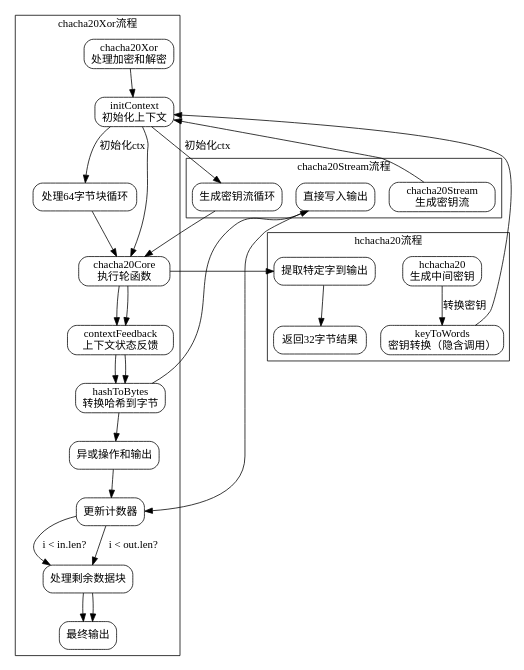
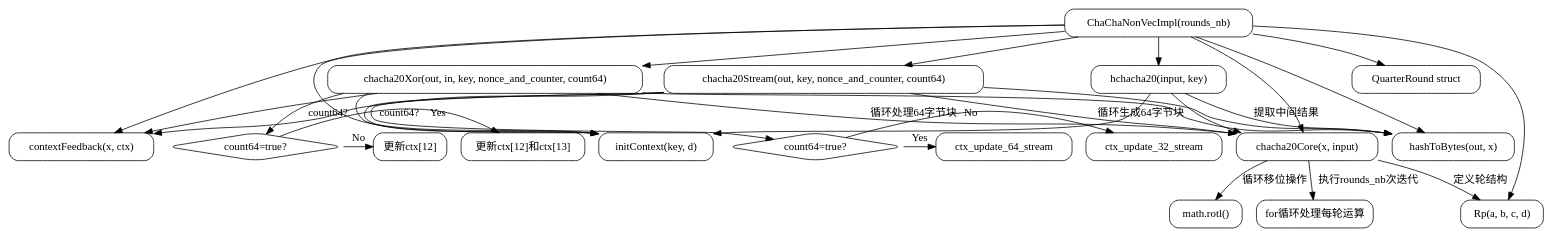
The diagram in dot_std/crypto/chacha20.zig.ChaChaNonVecImpl.md (sdzx-1/deepseek-zig-reader), drawn with Graphviz before and after one commit. The commit also changed other lines of this file and 236 other files, not shown here.

````diff
--- a/dot_std/crypto/chacha20.zig.ChaChaNonVecImpl.md
+++ b/dot_std/crypto/chacha20.zig.ChaChaNonVecImpl.md
@@ -32,58 +22,58 @@
-```graphviz
+```dot
 digraph ChaCha20Flow {
-    rankdir=TB;
     node [shape=rectangle, style=rounded];
 
-    // Main functions
-    chacha20Xor [label="chacha20Xor\n处理加密和解密"];
-    chacha20Stream [label="chacha20Stream\n生成密钥流"];
-    hchacha20 [label="hchacha20\n生成中间密钥"];
+    // 主要函数节点
+    ChaChaNonVecImpl [label="ChaChaNonVecImpl(rounds_nb)"];
+    initContext [label="initContext(key, d)"];
+    chacha20Core [label="chacha20Core(x, input)"];
+    hashToBytes [label="hashToBytes(out, x)"];
+    contextFeedback [label="contextFeedback(x, ctx)"];
+    chacha20Xor [label="chacha20Xor(out, in, key, nonce_and_counter, count64)"];
+    chacha20Stream [label="chacha20Stream(out, key, nonce_and_counter, count64)"];
+    hchacha20 [label="hchacha20(input, key)"];
+    QuarterRound [label="QuarterRound struct"];
+    Rp [label="Rp(a, b, c, d)"];
 
-    // Shared functions
-    initContext [label="initContext\n初始化上下文"];
-    chacha20Core [label="chacha20Core\n执行轮函数"];
-    contextFeedback [label="contextFeedback\n上下文状态反馈"];
-    hashToBytes [label="hashToBytes\n转换哈希到字节"];
-    keyToWords [label="keyToWords\n密钥转换（隐含调用）"];
+    // 函数调用关系
+    ChaChaNonVecImpl -> {initContext, chacha20Core, hashToBytes, contextFeedback, chacha20Xor, chacha20Stream, hchacha20, QuarterRound, Rp};
+    
+    chacha20Xor -> initContext;
+    chacha20Xor -> chacha20Core [label="循环处理64字节块"];
+    chacha20Xor -> contextFeedback;
+    chacha20Xor -> hashToBytes;
+    chacha20Xor -> count64_branch [label="count64?"];
+    
+    count64_branch [shape=diamond, label="count64=true?"];
+    count64_branch -> ctx_update_64 [label="Yes"];
+    count64_branch -> ctx_update_32 [label="No"];
+    
+    ctx_update_64 [label="更新ctx[12]和ctx[13]"];
+    ctx_update_32 [label="更新ctx[12]"];
 
-    // Data flow
-    subgraph cluster_Xor {
-        label="chacha20Xor流程";
-        chacha20Xor -> initContext;
-        initContext -> "处理64字节块循环" [label="初始化ctx"];
-        "处理64字节块循环" -> chacha20Core;
-        chacha20Core -> contextFeedback;
-        contextFeedback -> hashToBytes;
-        hashToBytes -> "异或操作和输出";
-        "异或操作和输出" -> "更新计数器";
-        "更新计数器" -> "处理剩余数据块" [label="i < in.len?"];
-        "处理剩余数据块" -> "最终输出";
-    }
+    chacha20Stream -> initContext;
+    chacha20Stream -> chacha20Core [label="循环生成64字节块"];
+    chacha20Stream -> contextFeedback;
+    chacha20Stream -> hashToBytes;
+    chacha20Stream -> count64_branch_stream [label="count64?"];
+    
+    count64_branch_stream [shape=diamond, label="count64=true?"];
+    count64_branch_stream -> ctx_update_64_stream [label="Yes"];
+    count64_branch_stream -> ctx_update_32_stream [label="No"];
+    
+    hchacha20 -> initContext;
+    hchacha20 -> chacha20Core;
+    hchacha20 -> hashToBytes [label="提取中间结果"];
 
-    subgraph cluster_Stream {
-        label="chacha20Stream流程";
-        chacha20Stream -> initContext;
-        initContext -> "生成密钥流循环" [label="初始化ctx"];
-        "生成密钥流循环" -> chacha20Core;
-        chacha20Core -> contextFeedback;
-        contextFeedback -> hashToBytes;
-        hashToBytes -> "直接写入输出";
-        "直接写入输出" -> "更新计数器";
-        "更新计数器" -> "处理剩余数据块" [label="i < out.len?"];
-        "处理剩余数据块" -> "最终输出";
-    }
+    chacha20Core -> Rp [label="定义轮结构"];
+    chacha20Core -> math_rotl [label="循环移位操作"];
+    chacha20Core -> rounds_loop [label="执行rounds_nb次迭代"];
+    
+    rounds_loop [label="for循环处理每轮运算"];
+    math_rotl [label="math.rotl()"];
 
-    subgraph cluster_HChaCha {
-        label="hchacha20流程";
-        hchacha20 -> keyToWords [label="转换密钥"];
-        keyToWords -> initContext;
-        initContext -> chacha20Core;
-        chacha20Core -> "提取特定字到输出";
-        "提取特定字到输出" -> "返回32字节结果";
-    }
-
-    // Cross connections
-    chacha20Xor -> chacha20Stream [style=invis];
-    chacha20Stream -> hchacha20 [style=invis];
+    // 隐藏技术节点（保持布局整洁）
+    {rank=same; count64_branch; ctx_update_64; ctx_update_32}
+    {rank=same; count64_branch_stream; ctx_update_64_stream; ctx_update_32_stream}
 }
-```
+``` 
````
